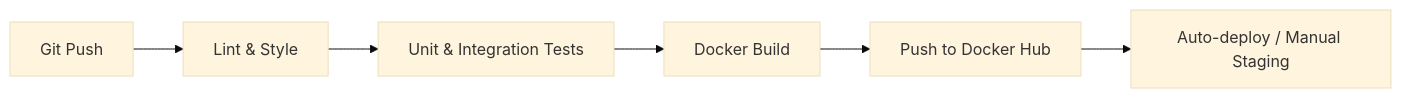
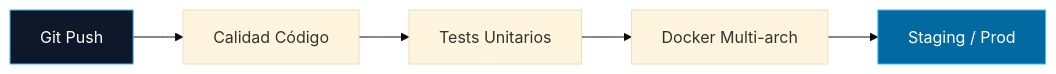
Before and after one commit to HecAguilaV/SIGA: the second of 2 diagrams in docs/technical-room/es/03-DEVELOPMENT-VIEW.mdx, drawn with Mermaid (base theme). The commit also changed other lines of this file and 11 other files, not shown here.

Commit message:
docs: arquitectura técnica 4+1 bilingüe final - alto contraste y accesibilidad / final 4+1 bilingual technical architecture - high contrast and accessibility

````diff
--- a/docs/technical-room/es/03-DEVELOPMENT-VIEW.mdx
+++ b/docs/technical-room/es/03-DEVELOPMENT-VIEW.mdx
@@ -37,8 +41,10 @@
 ```mermaid
 flowchart LR
-    Push[Git Push] --> Lint[Lint & Style]
-    Lint --> Test[Unit & Integration Tests]
-    Test --> Build[Docker Build]
-    Build --> PushHub[Push to Docker Hub]
-    PushHub --> Deploy[Auto-deploy / Manual Staging]
+    Push[Git Push] --> Lint[Calidad Código]
+    Lint --> Test[Tests Unitarios]
+    Test --> Build[Docker Multi-arch]
+    Build --> Deploy[Staging / Prod]
+
+    style Push fill:#0f172a,stroke:#38bdf8,color:#fff
+    style Deploy fill:#0369a1,stroke:#38bdf8,color:#fff
 ```
````
